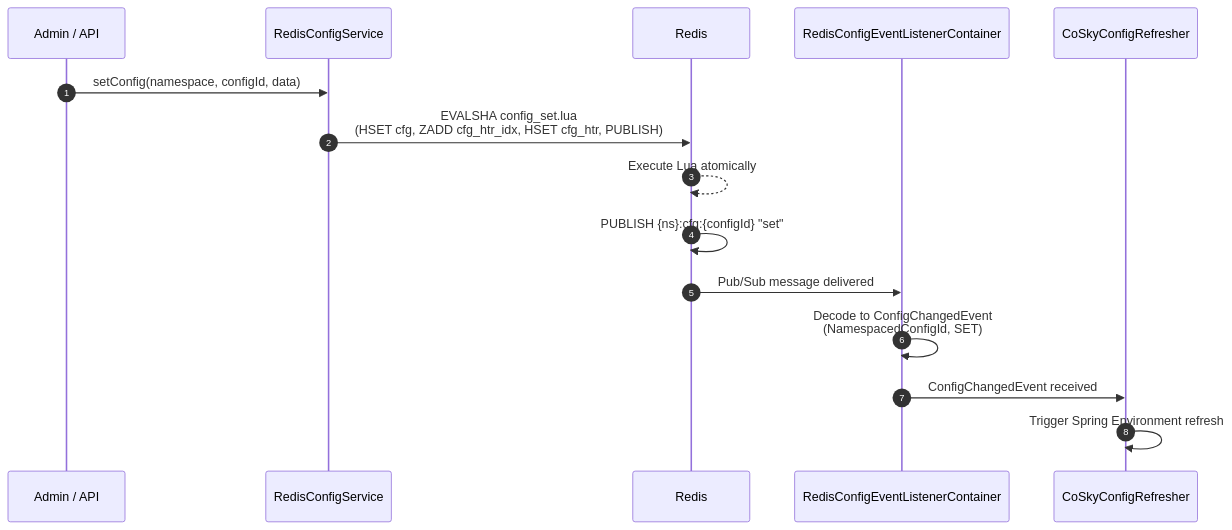
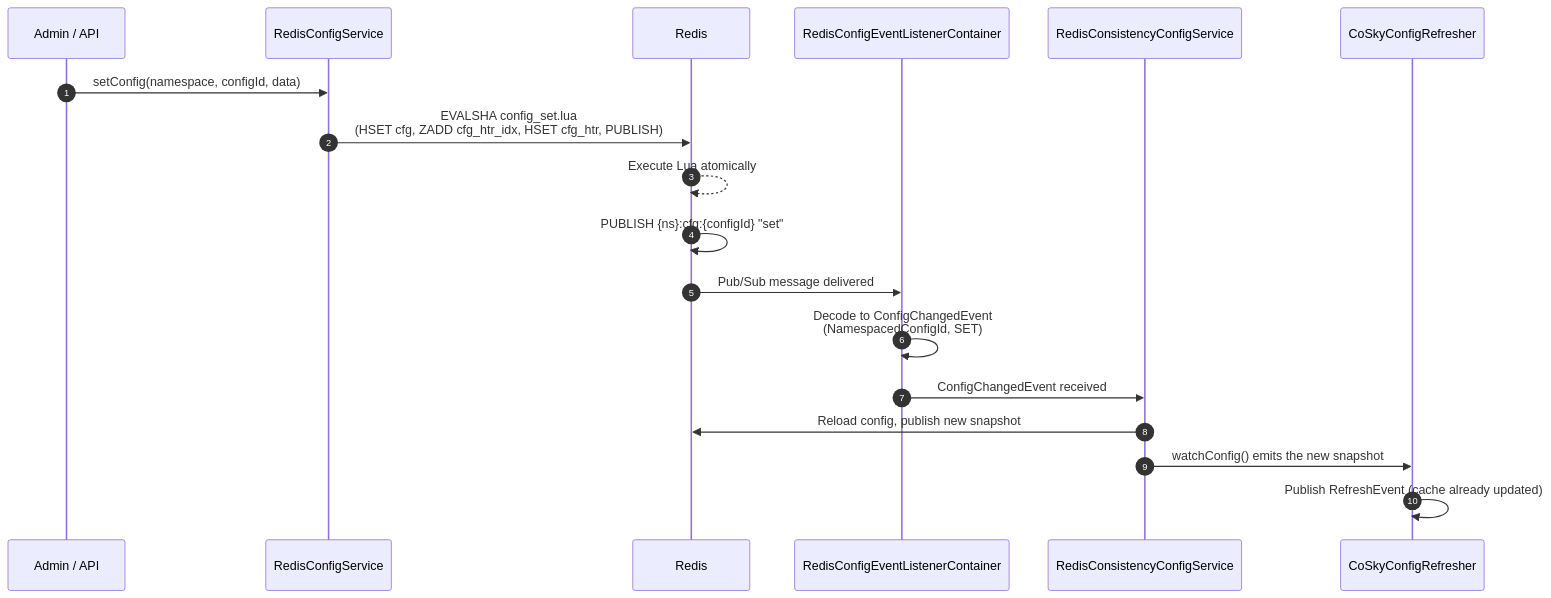
The fifth of 6 diagrams in wiki/guide/core.md (Ahoo-Wang/CoSky), drawn with Mermaid before and after one commit. The commit also changed other lines of this file and 35 other files, not shown here.

````diff
--- a/wiki/guide/core.md
+++ b/wiki/guide/core.md
@@ -315,18 +299,21 @@
 ```mermaid
 sequenceDiagram
     autonumber
     participant Admin as Admin / API
     participant Svc as RedisConfigService
     participant Redis as Redis
     participant Sub as RedisConfigEventListenerContainer
+    participant Cache as RedisConsistencyConfigService
     participant Refresher as CoSkyConfigRefresher
 
     Admin->>Svc: setConfig(namespace, configId, data)
     Svc->>Redis: EVALSHA config_set.lua<br>(HSET cfg, ZADD cfg_htr_idx, HSET cfg_htr, PUBLISH)
     Redis-->>Redis: Execute Lua atomically
     Redis->>Redis: PUBLISH {ns}:cfg:{configId} "set"
     Redis->>Sub: Pub/Sub message delivered
     Sub->>Sub: Decode to ConfigChangedEvent<br>(NamespacedConfigId, SET)
-    Sub->>Refresher: ConfigChangedEvent received
-    Refresher->>Refresher: Trigger Spring Environment refresh
+    Sub->>Cache: ConfigChangedEvent received
+    Cache->>Redis: Reload config, publish new snapshot
+    Cache->>Refresher: watchConfig() emits the new snapshot
+    Refresher->>Refresher: Publish RefreshEvent (cache already updated)
 ```
````
